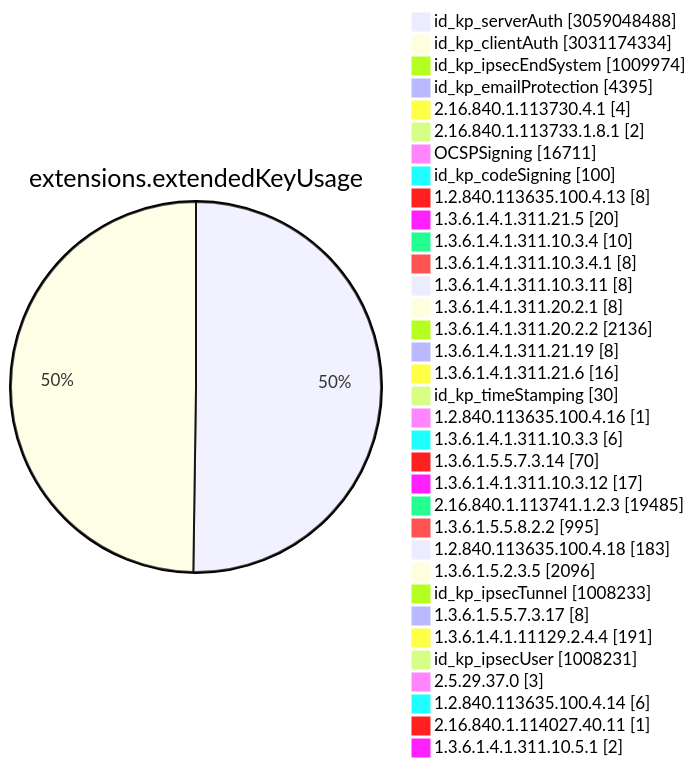
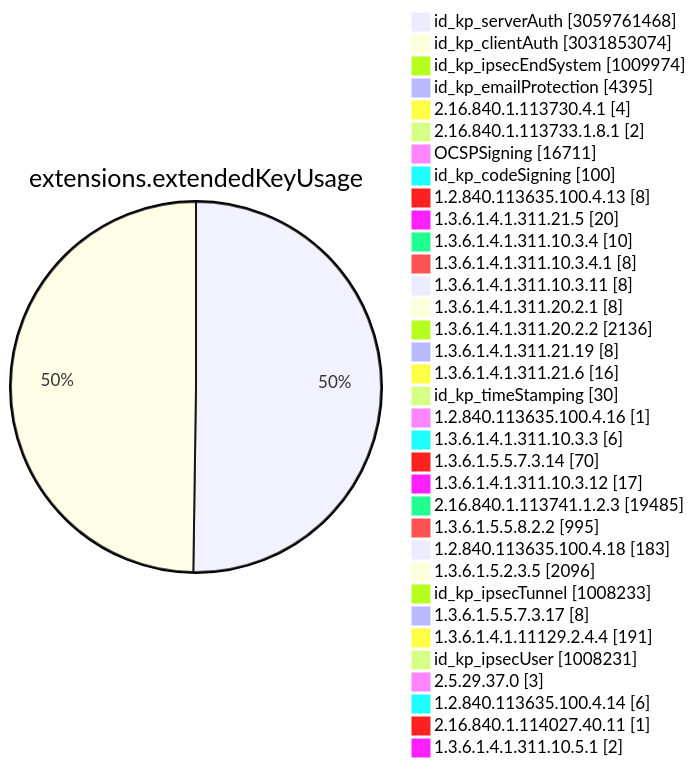
Diagram 11 of 15 in TOTAL/README.md (christiankrug/ctmonitor_visualization), drawn with Mermaid before and after one commit. The commit also changed other lines of this file, not shown here.

````diff
--- a/TOTAL/README.md
+++ b/TOTAL/README.md
@@ -4119,38 +4119,38 @@
 ```mermaid
 pie showData
 title extensions.extendedKeyUsage
-"id_kp_serverAuth" :3059048488
-"id_kp_clientAuth" :3031174334
+"id_kp_serverAuth" :3059761468
+"id_kp_clientAuth" :3031853074
 "id_kp_ipsecEndSystem" :1009974
 "id_kp_emailProtection" :4395
 "2.16.840.1.113730.4.1" :4
 "2.16.840.1.113733.1.8.1" :2
 "OCSPSigning" :16711
 "id_kp_codeSigning" :100
 "1.2.840.113635.100.4.13" :8
 "1.3.6.1.4.1.311.21.5" :20
 "1.3.6.1.4.1.311.10.3.4" :10
 "1.3.6.1.4.1.311.10.3.4.1" :8
 "1.3.6.1.4.1.311.10.3.11" :8
 "1.3.6.1.4.1.311.20.2.1" :8
 "1.3.6.1.4.1.311.20.2.2" :2136
 "1.3.6.1.4.1.311.21.19" :8
 "1.3.6.1.4.1.311.21.6" :16
 "id_kp_timeStamping" :30
 "1.2.840.113635.100.4.16" :1
 "1.3.6.1.4.1.311.10.3.3" :6
 "1.3.6.1.5.5.7.3.14" :70
 "1.3.6.1.4.1.311.10.3.12" :17
 "2.16.840.1.113741.1.2.3" :19485
 "1.3.6.1.5.5.8.2.2" :995
 "1.2.840.113635.100.4.18" :183
 "1.3.6.1.5.2.3.5" :2096
 "id_kp_ipsecTunnel" :1008233
 "1.3.6.1.5.5.7.3.17" :8
 "1.3.6.1.4.1.11129.2.4.4" :191
 "id_kp_ipsecUser" :1008231
 "2.5.29.37.0" :3
 "1.2.840.113635.100.4.14" :6
 "2.16.840.1.114027.40.11" :1
 "1.3.6.1.4.1.311.10.5.1" :2
 ```
````
